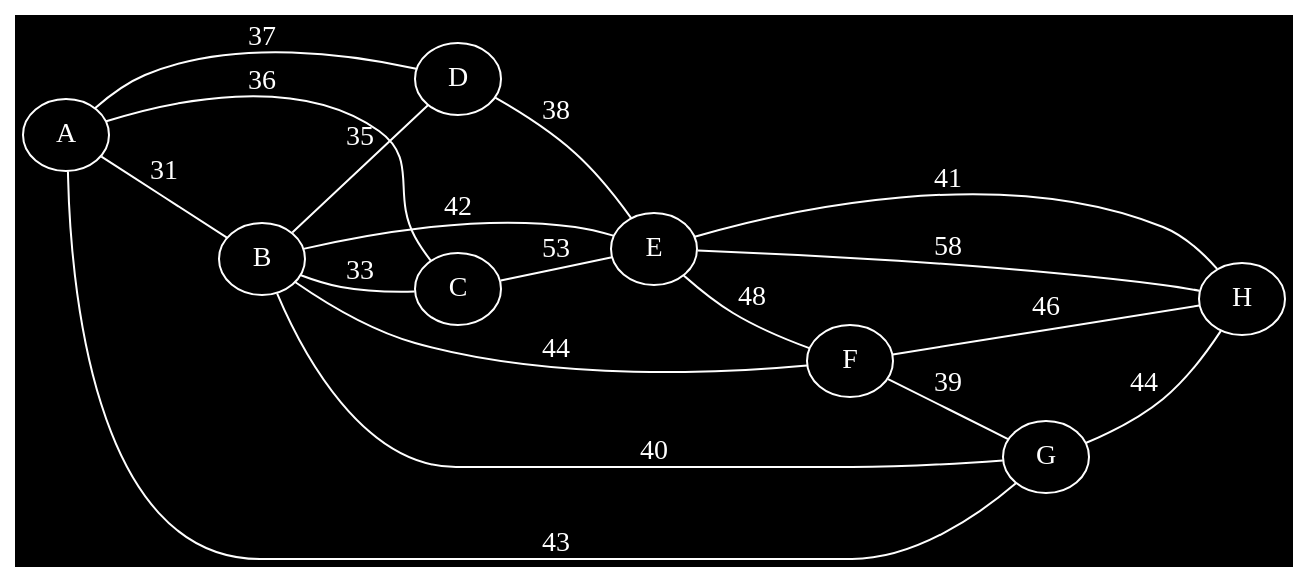
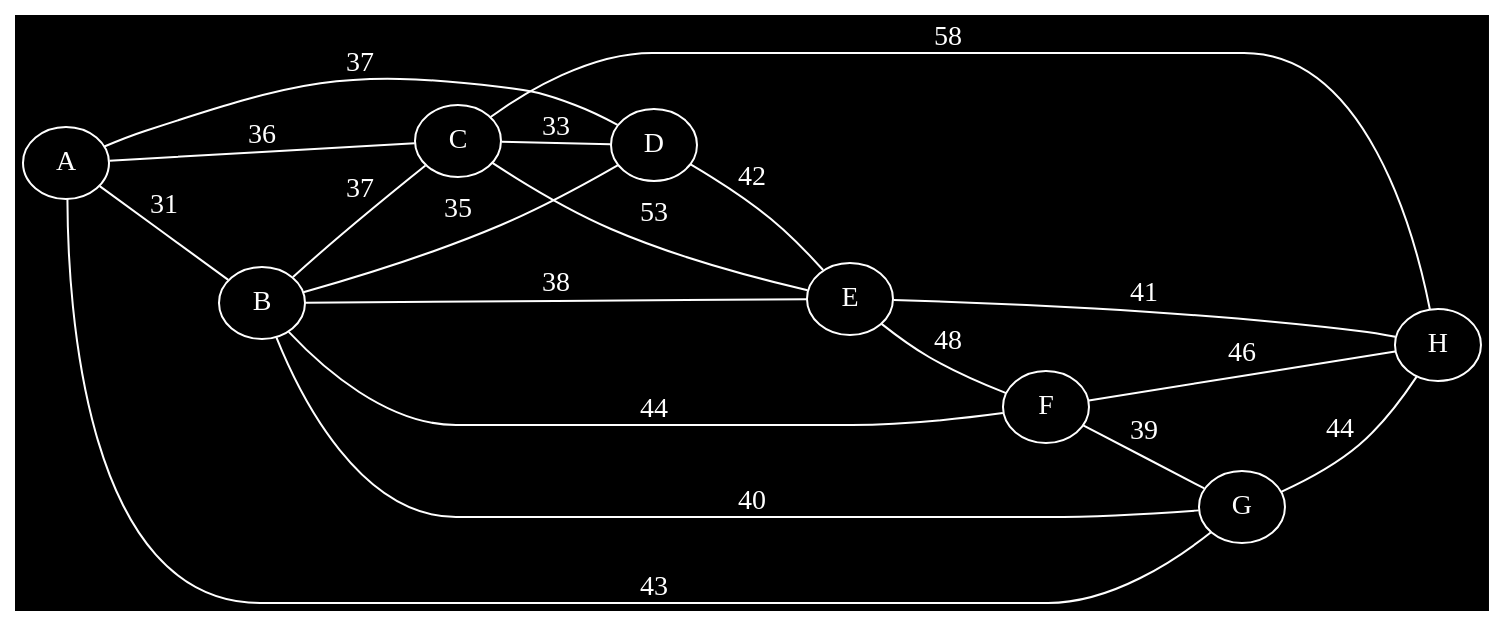
One commit to dReposU/CA-2024_02 changed the diagram in pc2/Sol/P06-todas/graph.dot. Above: the diagram before and after it, drawn with Graphviz.

Commit message:
Correct graph

```diff
--- a/pc2/Sol/P06-todas/graph.dot
+++ b/pc2/Sol/P06-todas/graph.dot
@@ -1,31 +1,31 @@
 graph G {
     rankdir=LR
     bgcolor = black
     node[color=white fontcolor=white width=.6]
     edge[color=white fontcolor = white]
 
     A -- B [label="31"];
     A -- C [label="36"];
     A -- D [label="37"];
     A -- G [label="43"];
     
-    B -- C [label="33"];
+    B -- C [label="37"];
     B -- D [label="35"];
-    B -- E [label="42"];
+    B -- E [label="38"];
     B -- F [label="44"];
     B -- G [label="40"];
     
+    C -- D [label="33"];
     C -- E [label="53"];
+    C -- H [label="58"];
     
-    D -- E [label="38"];
+    D -- E [label="42"];
     
     E -- F [label="48"];
     E -- H [label="41"];
     
     F -- G [label="39"];
     F -- H [label="46"];
     
     G -- H [label="44"];
-    
-    H -- E [label="58"];
 }
```
